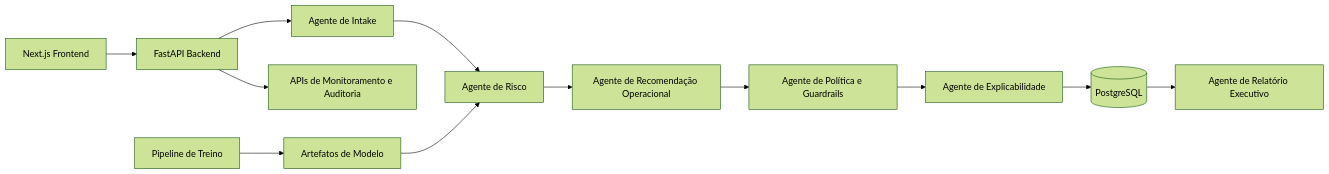
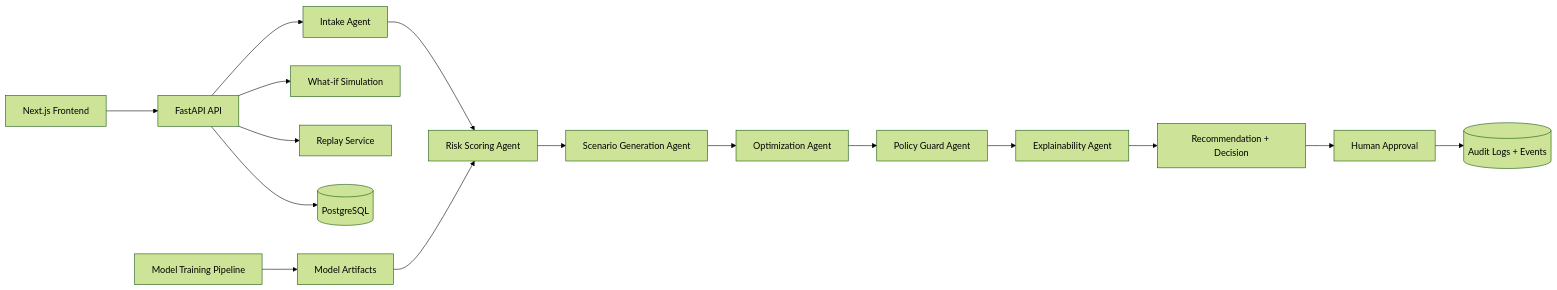
Before and after one commit to murylomarques/FieldOps-Sentinel-AI: the diagram in README.md, drawn with Mermaid (forest theme). The commit also changed other lines of this file and 61 other files, not shown here.

Commit message:
feat: expand FieldOps Sentinel AI with risk lifecycle, optimization, replay, simulation, and premium English UX

````diff
--- a/README.md
+++ b/README.md
@@ -33,14 +35,18 @@
 ```mermaid
 flowchart LR
-  UI[Next.js Frontend] --> API[FastAPI Backend]
-  API --> IA[Agente de Intake]
-  IA --> RS[Agente de Risco]
-  RS --> DR[Agente de Recomendação Operacional]
-  DR --> PG[Agente de Política e Guardrails]
-  PG --> EX[Agente de Explicabilidade]
-  EX --> DB[(PostgreSQL)]
-  DB --> ER[Agente de Relatório Executivo]
-  API --> MON[APIs de Monitoramento e Auditoria]
-  ML[Pipeline de Treino] --> ART[Artefatos de Modelo]
+  UI[Next.js Frontend] --> API[FastAPI API]
+  API --> IA[Intake Agent]
+  IA --> RS[Risk Scoring Agent]
+  RS --> SG[Scenario Generation Agent]
+  SG --> OPT[Optimization Agent]
+  OPT --> PG[Policy Guard Agent]
+  PG --> EX[Explainability Agent]
+  EX --> REC[Recommendation + Decision]
+  REC --> HITL[Human Approval]
+  HITL --> AUD[(Audit Logs + Events)]
+  API --> SIM[What-if Simulation]
+  API --> REP[Replay Service]
+  ML[Model Training Pipeline] --> ART[Model Artifacts]
   ART --> RS
+  API --> DB[(PostgreSQL)]
 ```
````
